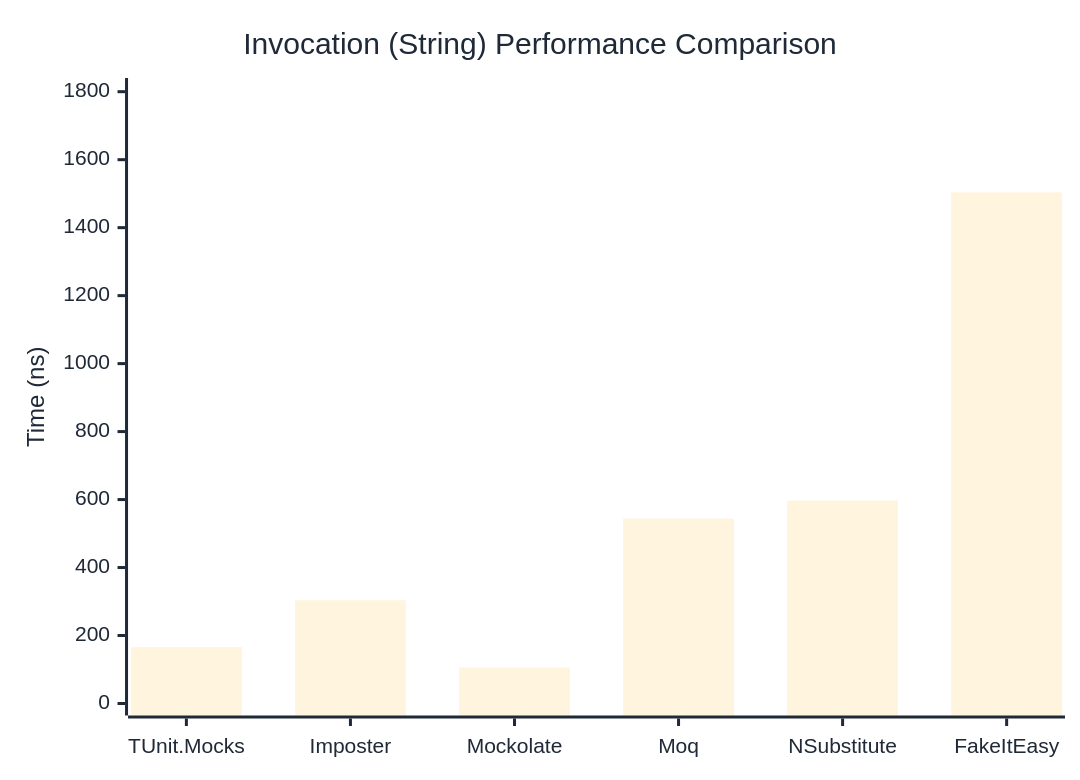
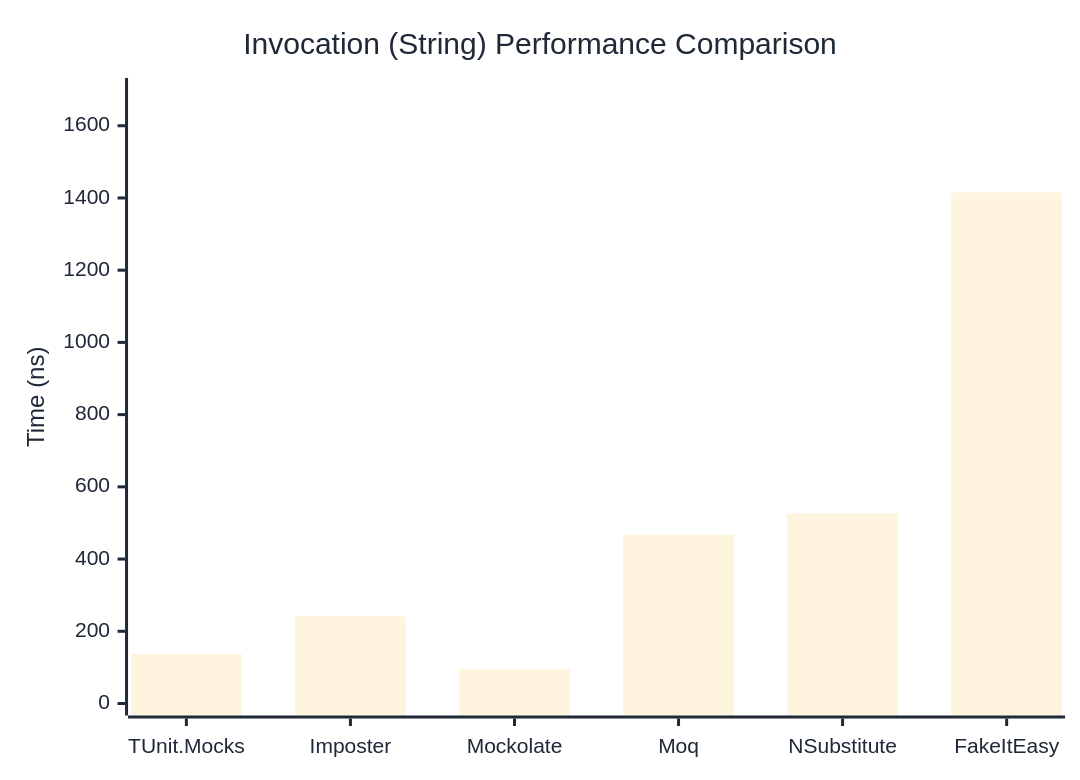
The second of 3 diagrams in docs/docs/benchmarks/mocks/Invocation.md (thomhurst/TUnit), drawn with Mermaid before and after one commit. The commit also changed other lines of this file and 14 other files, not shown here.

````diff
--- a/docs/docs/benchmarks/mocks/Invocation.md
+++ b/docs/docs/benchmarks/mocks/Invocation.md
@@ -71,27 +71,27 @@
 ```mermaid
 %%{init: {
   'theme':'base',
   'themeVariables': {
     'primaryColor': '#2563eb',
     'primaryTextColor': '#1f2937',
     'primaryBorderColor': '#1e40af',
     'lineColor': '#6b7280',
     'secondaryColor': '#7c3aed',
     'tertiaryColor': '#dc2626',
     'background': '#ffffff',
     'pie1': '#2563eb',
     'pie2': '#7c3aed',
     'pie3': '#dc2626',
     'pie4': '#f59e0b',
     'pie5': '#10b981',
     'pie6': '#06b6d4',
     'pie7': '#ec4899',
     'pie8': '#6366f1'
   }
 }}%%
 xychart-beta
   title "Invocation (String) Performance Comparison"
   x-axis ["TUnit.Mocks", "Imposter", "Mockolate", "Moq", "NSubstitute", "FakeItEasy"]
-  y-axis "Time (ns)" 0 --> 1805
-  bar [165.8, 303.7, 105.8, 543.8, 597.1, 1504]
+  y-axis "Time (ns)" 0 --> 1699
+  bar [137.04, 242.03, 96.01, 467.19, 526.42, 1415.3]
 ```
````
